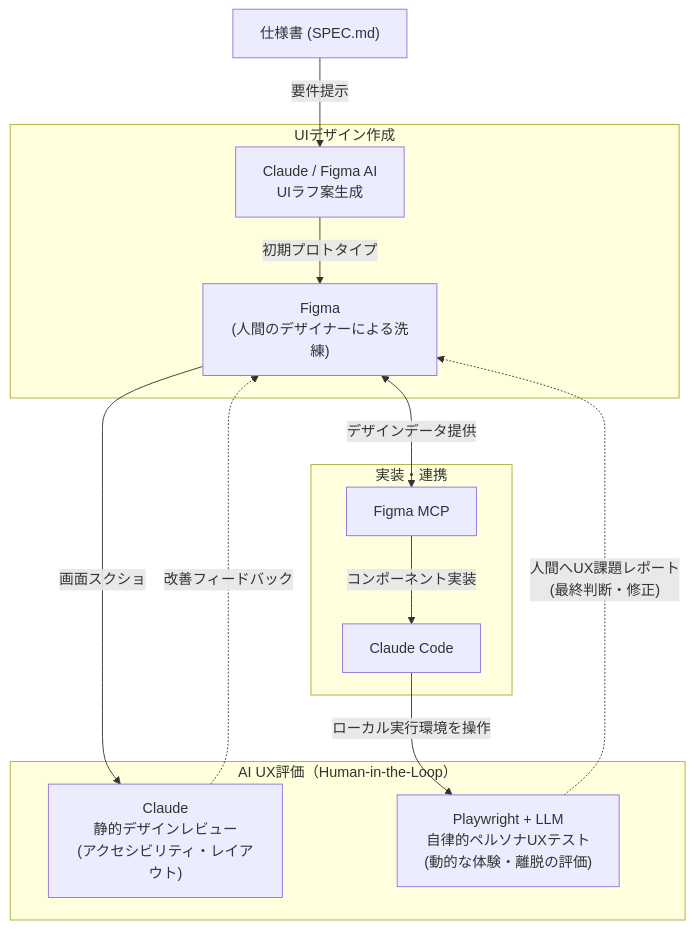
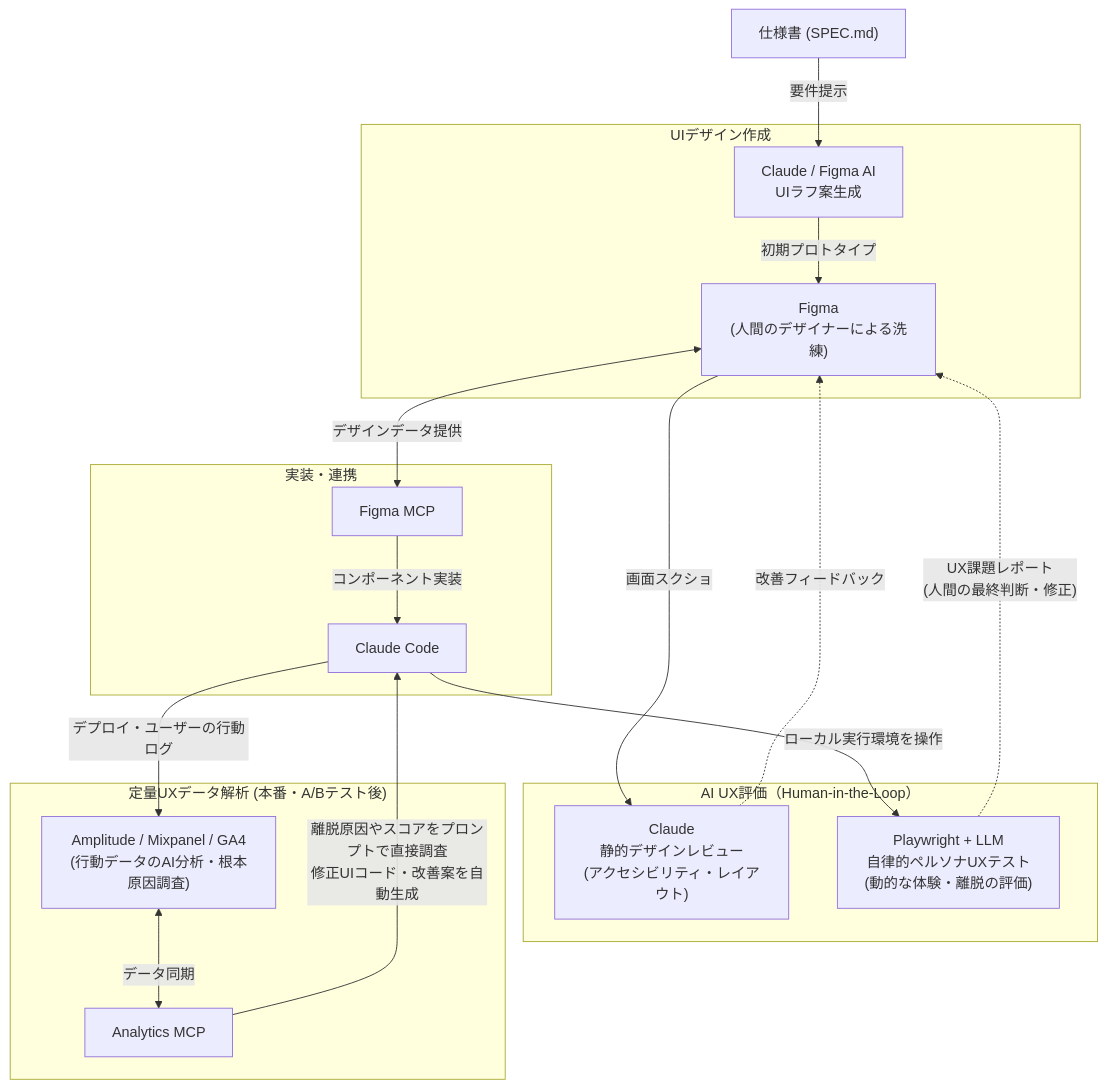
One commit to takuma39/ai changed the fourth of 21 diagrams in AI駆動開発.md. Above: the diagram before and after it, drawn with Mermaid. The commit also changed other lines of this file, not shown here.

````diff
--- a/AI駆動開発.md
+++ b/AI駆動開発.md
@@ -222,30 +222,39 @@
 ```mermaid
 graph TD
     MD["仕様書 (SPEC.md)"]
 
     subgraph design["UIデザイン作成"]
         GenAI["Claude / Figma AI<br/>UIラフ案生成"]
         Figma["Figma<br/>(人間のデザイナーによる洗練)"]
     end
 
     subgraph evaluation["AI UX評価（Human-in-the-Loop）"]
         StaticReview["Claude<br/>静的デザインレビュー<br/>(アクセシビリティ・レイアウト)"]
         PersonaTest["Playwright + LLM<br/>自律的ペルソナUXテスト<br/>(動的な体験・離脱の評価)"]
     end
 
     subgraph impl["実装・連携"]
         FigmaMCP["Figma MCP"]
         ClaudeCode["Claude Code"]
     end
 
+    subgraph analytics["定量UXデータ解析 (本番・A/Bテスト後)"]
+        SaaS["Amplitude / Mixpanel / GA4<br/>(行動データのAI分析・根本原因調査)"]
+        SaaSMCP["Analytics MCP"]
+    end
+
     MD -->|"要件提示"| GenAI
     GenAI -->|"初期プロトタイプ"| Figma
     Figma -->|"画面スクショ"| StaticReview
     StaticReview -.->|"改善フィードバック"| Figma
     
     Figma <-->|"デザインデータ提供"| FigmaMCP
     FigmaMCP -->|"コンポーネント実装"| ClaudeCode
     
     ClaudeCode -->|"ローカル実行環境を操作"| PersonaTest
-    PersonaTest -.->|"人間へUX課題レポート<br/>(最終判断・修正)"| Figma
+    PersonaTest -.->|"UX課題レポート<br/>(人間の最終判断・修正)"| Figma
+
+    ClaudeCode -->|"デプロイ・ユーザーの行動ログ"| SaaS
+    SaaS <-->|"データ同期"| SaaSMCP
+    SaaSMCP -->|"離脱原因やスコアをプロンプトで直接調査<br/>修正UIコード・改善案を自動生成"| ClaudeCode
 ```
````
